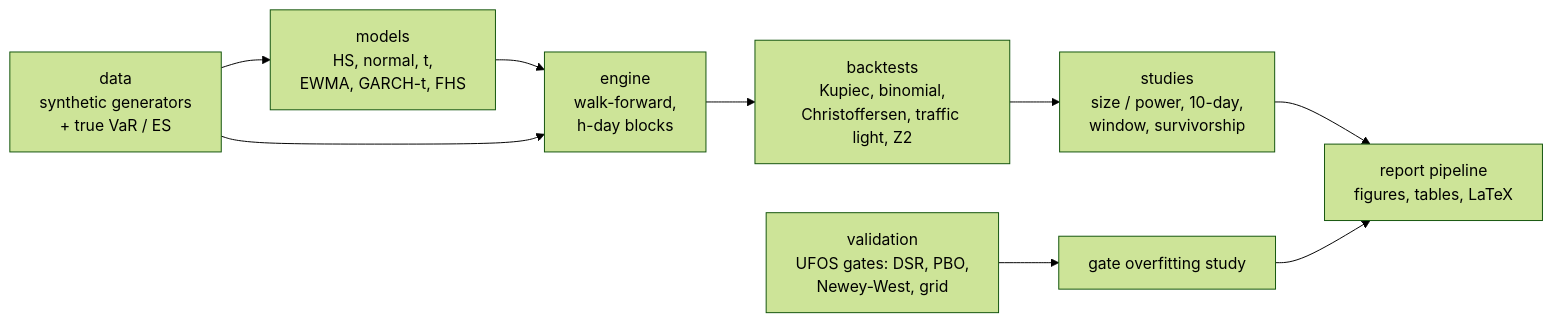
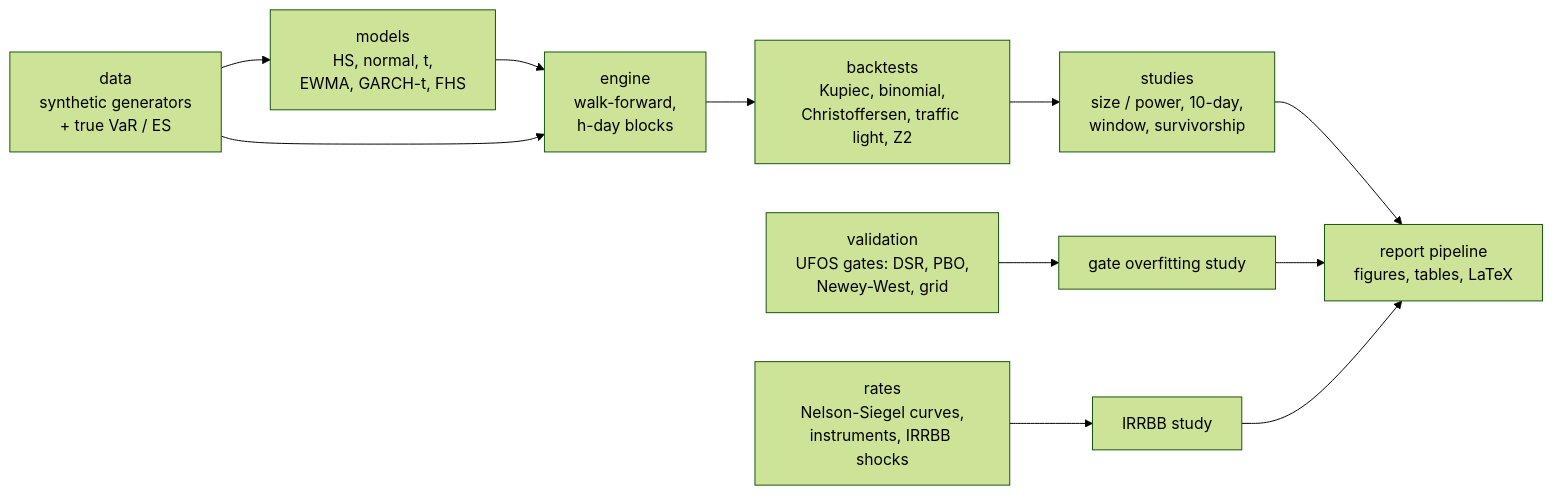
One commit to DasPinguinHD/UFOS.ai changed the diagram in UFOS.ai/RiskLab/README.md. Above: the diagram before and after it, drawn with Mermaid (forest theme). The commit also changed other lines of this file and 46 other files, not shown here.

````diff
--- a/UFOS.ai/RiskLab/README.md
+++ b/UFOS.ai/RiskLab/README.md
@@ -105,11 +115,13 @@
 ```mermaid
 flowchart LR
     D["data<br/>synthetic generators<br/>+ true VaR / ES"] --> M["models<br/>HS, normal, t,<br/>EWMA, GARCH-t, FHS"]
     M --> E["engine<br/>walk-forward,<br/>h-day blocks"]
     D --> E
     E --> B["backtests<br/>Kupiec, binomial,<br/>Christoffersen, traffic light, Z2"]
     B --> S["studies<br/>size / power, 10-day,<br/>window, survivorship"]
     V["validation<br/>UFOS gates: DSR, PBO,<br/>Newey-West, grid"] --> S2["gate overfitting study"]
     S --> R["report pipeline<br/>figures, tables, LaTeX"]
     S2 --> R
+    C["rates<br/>Nelson-Siegel curves,<br/>instruments, IRRBB shocks"] --> S3["IRRBB study"]
+    S3 --> R
 ```
````
